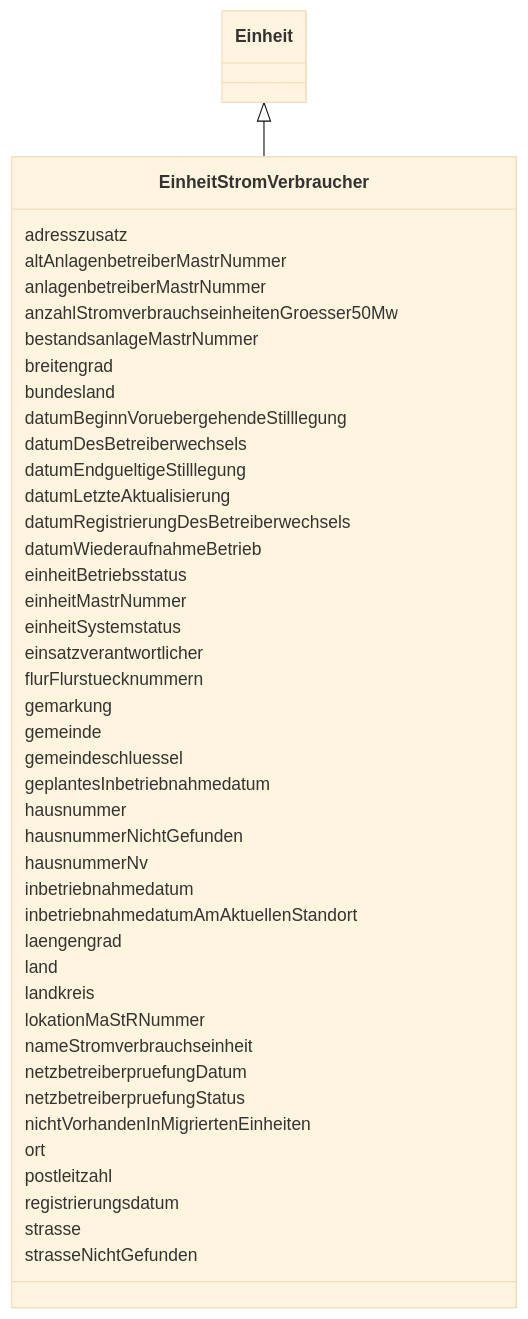
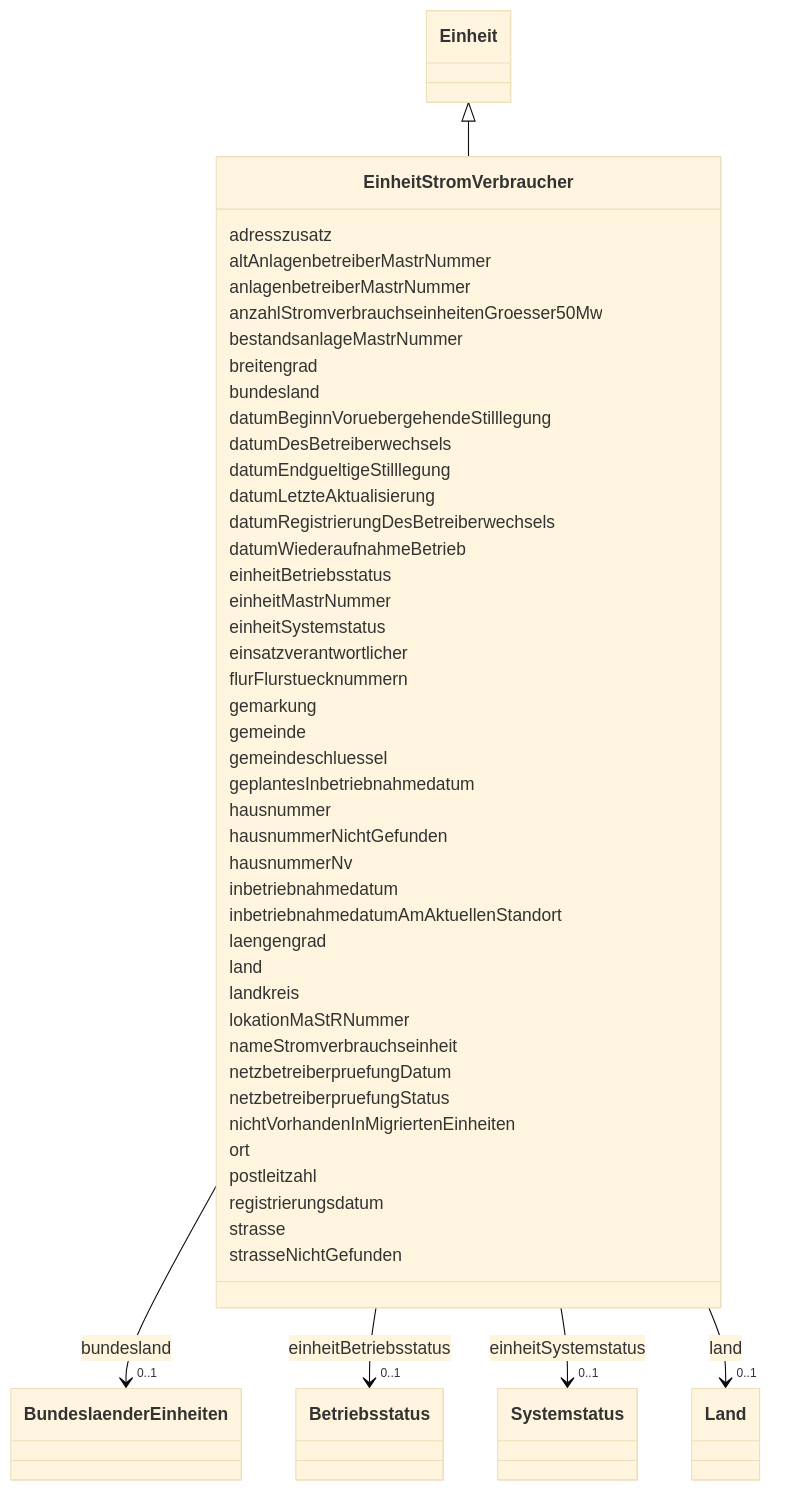
Before and after one commit to FlorianK13/mastr-model: the diagram in docs/schema/classes/EinheitStromVerbraucher.md, drawn with Mermaid (base theme). The commit also changed other lines of this file and 86 other files, not shown here.

```diff
--- a/docs/schema/classes/EinheitStromVerbraucher.md
+++ b/docs/schema/classes/EinheitStromVerbraucher.md
@@ -36,6 +36,15 @@
         
       EinheitStromVerbraucher : bundesland
         
+          
+    
+        
+        
+        EinheitStromVerbraucher --> "0..1" BundeslaenderEinheiten : bundesland
+        click BundeslaenderEinheiten href "../../enums/BundeslaenderEinheiten/"
+    
+
+        
       EinheitStromVerbraucher : datumBeginnVoruebergehendeStilllegung
         
       EinheitStromVerbraucher : datumDesBetreiberwechsels
@@ -50,9 +59,27 @@
         
       EinheitStromVerbraucher : einheitBetriebsstatus
         
+          
+    
+        
+        
+        EinheitStromVerbraucher --> "0..1" Betriebsstatus : einheitBetriebsstatus
+        click Betriebsstatus href "../../enums/Betriebsstatus/"
+    
+
+        
       EinheitStromVerbraucher : einheitMastrNummer
         
       EinheitStromVerbraucher : einheitSystemstatus
+        
+          
+    
+        
+        
+        EinheitStromVerbraucher --> "0..1" Systemstatus : einheitSystemstatus
+        click Systemstatus href "../../enums/Systemstatus/"
+    
+
         
       EinheitStromVerbraucher : einsatzverantwortlicher
         
@@ -80,6 +107,15 @@
         
       EinheitStromVerbraucher : land
         
+          
+    
+        
+        
+        EinheitStromVerbraucher --> "0..1" Land : land
+        click Land href "../../enums/Land/"
+    
+
+        
       EinheitStromVerbraucher : landkreis
         
       EinheitStromVerbraucher : lokationMaStRNummer
```
